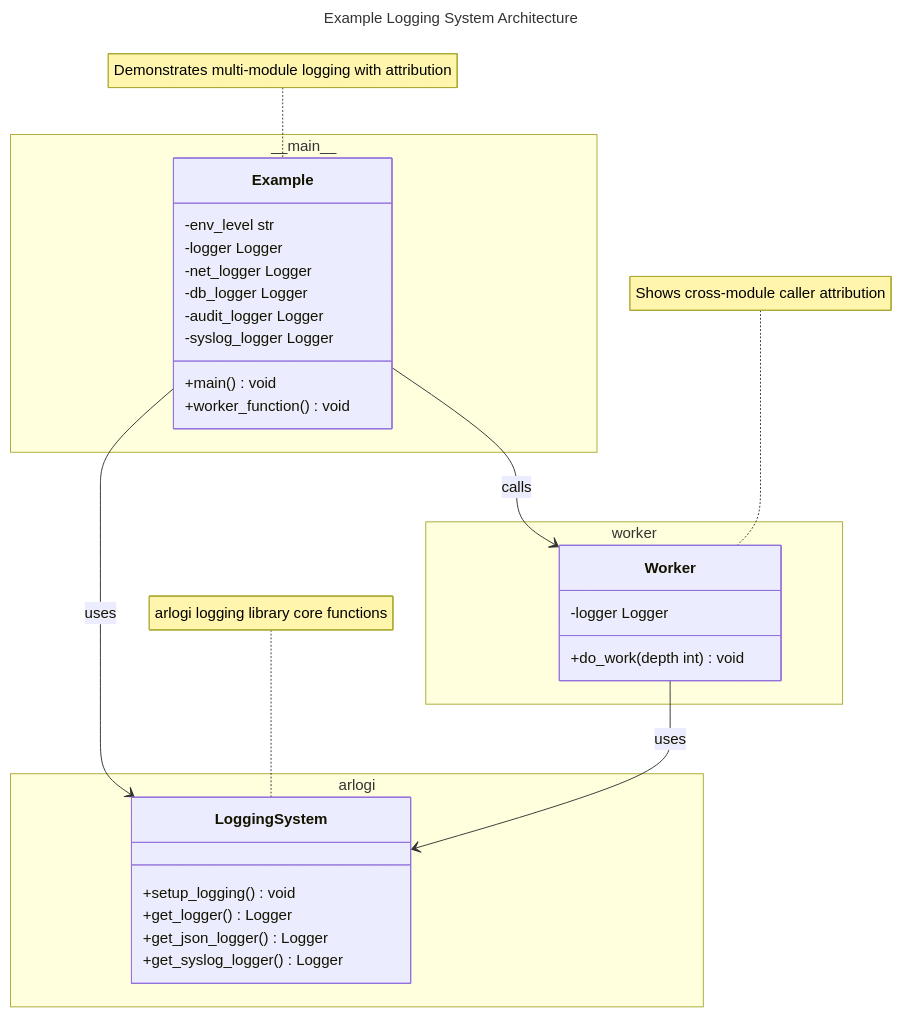
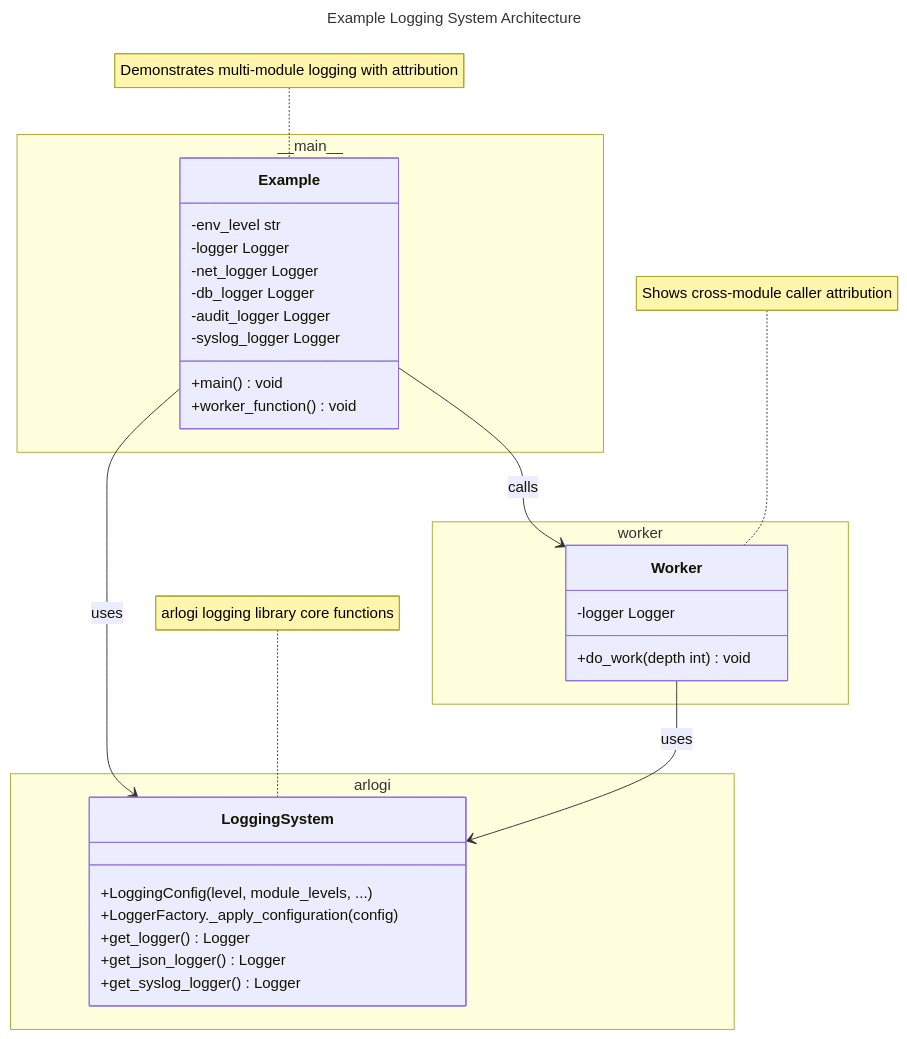
The first of 2 diagrams in docs/C4-Documentation/c4-code-tests-example.md (antragh/arlogi), drawn with Mermaid before and after one commit. The commit also changed other lines of this file and 12 other files, not shown here.

Commit message:
feat: Migrate global logging configuration from `setup_logging()` to `LoggingConfig` and `LoggerFactory._apply_configuration()` pattern, updating examples and documentation accordingly.

````diff
--- a/docs/C4-Documentation/c4-code-tests-example.md
+++ b/docs/C4-Documentation/c4-code-tests-example.md
@@ -84,42 +87,43 @@
 ```mermaid
 ---
 title: Example Logging System Architecture
 ---
 classDiagram
     namespace __main__ {
         class Example {
             +main() void
             +worker_function() void
             -env_level str
             -logger Logger
             -net_logger Logger
             -db_logger Logger
             -audit_logger Logger
             -syslog_logger Logger
         }
     }
 
     namespace worker {
         class Worker {
             +do_work(depth int) void
             -logger Logger
         }
     }
 
     namespace arlogi {
         class LoggingSystem {
-            +setup_logging() void
+            +LoggingConfig(level, module_levels, ...)
+            +LoggerFactory._apply_configuration(config)
             +get_logger() Logger
             +get_json_logger() Logger
             +get_syslog_logger() Logger
         }
     }
 
     Example --> LoggingSystem : uses
     Example --> Worker : calls
     Worker --> LoggingSystem : uses
 
     note for Example "Demonstrates multi-module logging with attribution"
     note for Worker "Shows cross-module caller attribution"
     note for LoggingSystem "arlogi logging library core functions"
 ```
````
